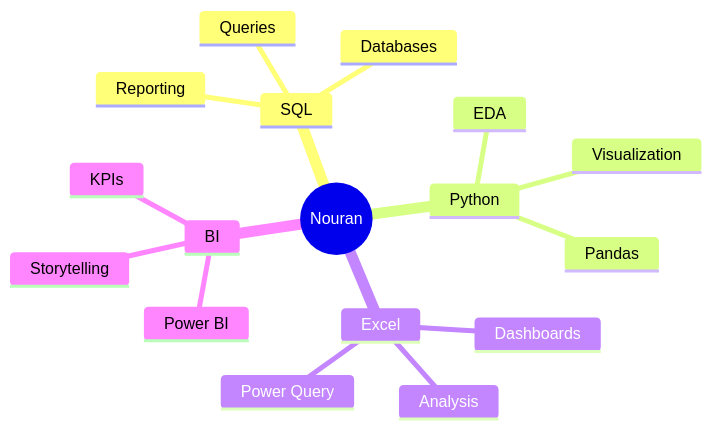
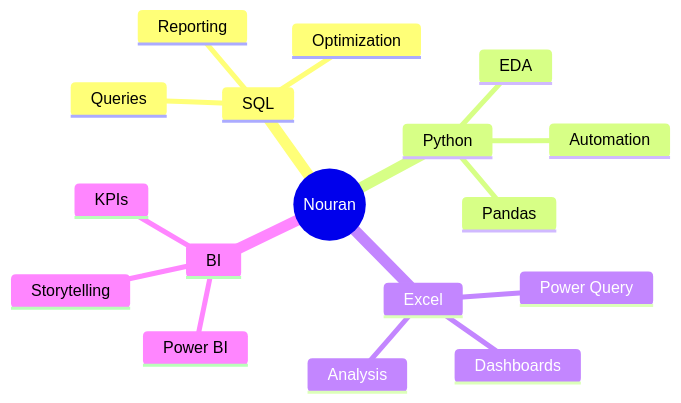
Before and after one commit to nouranyasser/nouranyasser: the first of 3 diagrams in README.md, drawn with Mermaid. The commit also changed other lines of this file, not shown here.

````diff
--- a/README.md
+++ b/README.md
@@ -87,20 +89,20 @@
 ```mermaid
 mindmap
   root((Nouran))
     SQL
       Queries
-      Databases
+      Optimization
       Reporting
     Python
       Pandas
       EDA
-      Visualization
+      Automation
     Excel
       Dashboards
       Power Query
       Analysis
     BI
       Power BI
       KPIs
       Storytelling
 ```
````
